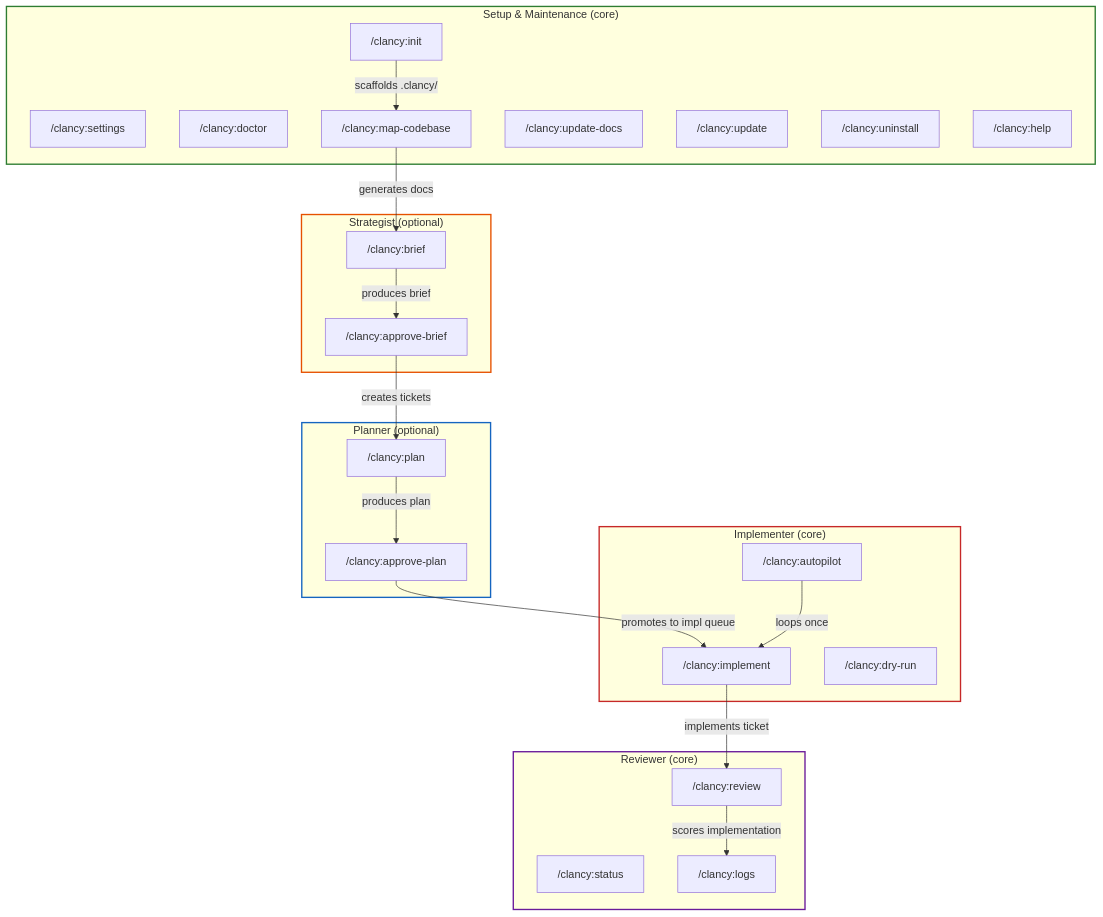
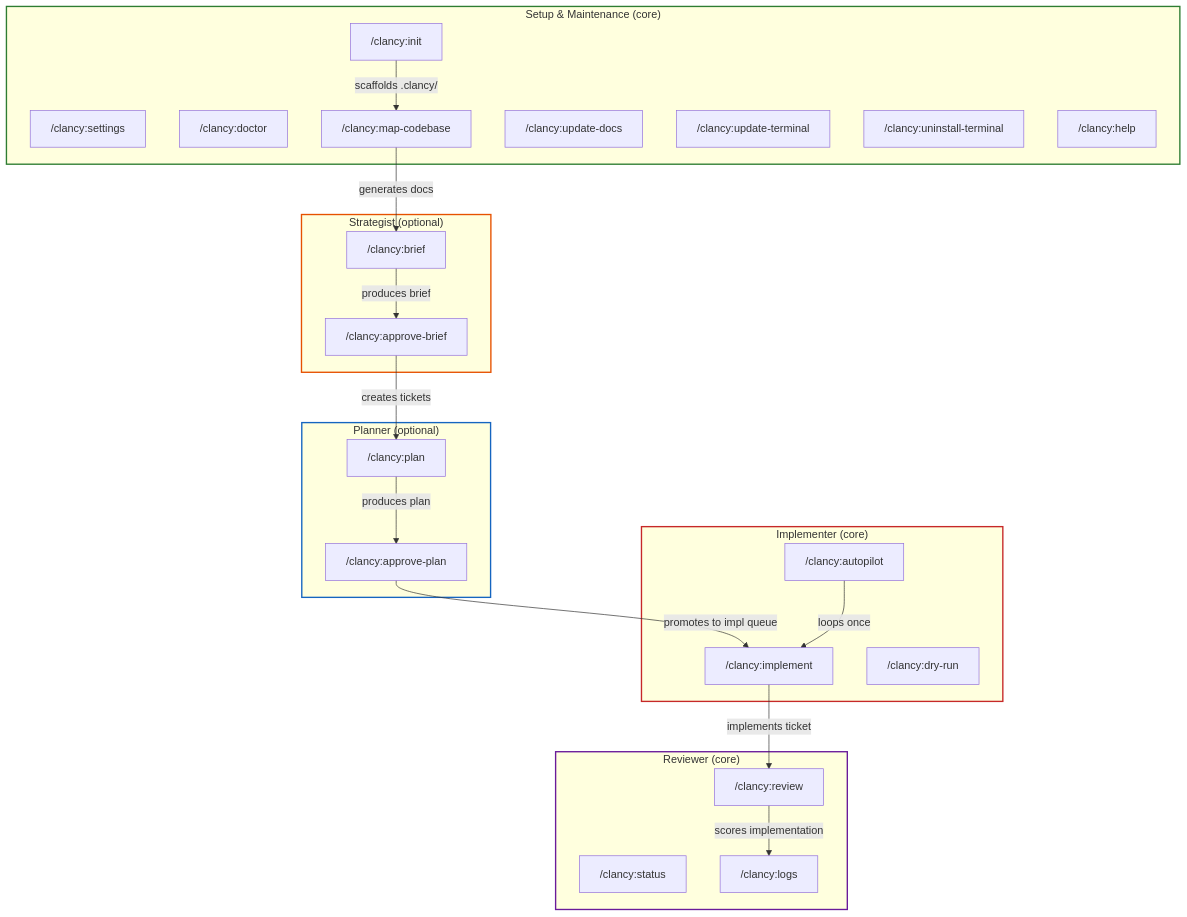
Before and after one commit to Pushedskydiver/chief-clancy: the second of 14 diagrams in docs/VISUAL-ARCHITECTURE.md, drawn with Mermaid. The commit also changed 10 other files, not shown here.

````diff
--- a/docs/VISUAL-ARCHITECTURE.md
+++ b/docs/VISUAL-ARCHITECTURE.md
@@ -81,51 +81,51 @@
 ```mermaid
 graph TB
     subgraph SETUP["Setup & Maintenance (core)"]
         init["/clancy:init"]
         settings["/clancy:settings"]
         doctor["/clancy:doctor"]
         mapcb["/clancy:map-codebase"]
         updatedocs["/clancy:update-docs"]
-        update["/clancy:update"]
-        uninstall["/clancy:uninstall"]
+        update["/clancy:update-terminal"]
+        uninstall["/clancy:uninstall-terminal"]
         help["/clancy:help"]
     end
 
     subgraph STRATEGIST["Strategist (optional)"]
         brief["/clancy:brief"]
         approvebrief["/clancy:approve-brief"]
     end
 
     subgraph PLANNER["Planner (optional)"]
         plan["/clancy:plan"]
         approveplan["/clancy:approve-plan"]
     end
 
     subgraph IMPLEMENTER["Implementer (core)"]
         once["/clancy:implement"]
         run["/clancy:autopilot"]
         dryrun["/clancy:dry-run"]
     end
 
     subgraph REVIEWER["Reviewer (core)"]
         review["/clancy:review"]
         status["/clancy:status"]
         logs["/clancy:logs"]
     end
 
     init -->|scaffolds .clancy/| mapcb
     mapcb -->|generates docs| brief
     brief -->|produces brief| approvebrief
     approvebrief -->|creates tickets| plan
     plan -->|produces plan| approveplan
     approveplan -->|promotes to impl queue| once
     once -->|implements ticket| review
     run -->|loops once| once
     review -->|scores implementation| logs
 
     style SETUP stroke:#2e7d32,stroke-width:2px
     style STRATEGIST stroke:#e65100,stroke-width:2px
     style PLANNER stroke:#1565c0,stroke-width:2px
     style IMPLEMENTER stroke:#c62828,stroke-width:2px
     style REVIEWER stroke:#6a1b9a,stroke-width:2px
 ```
````
